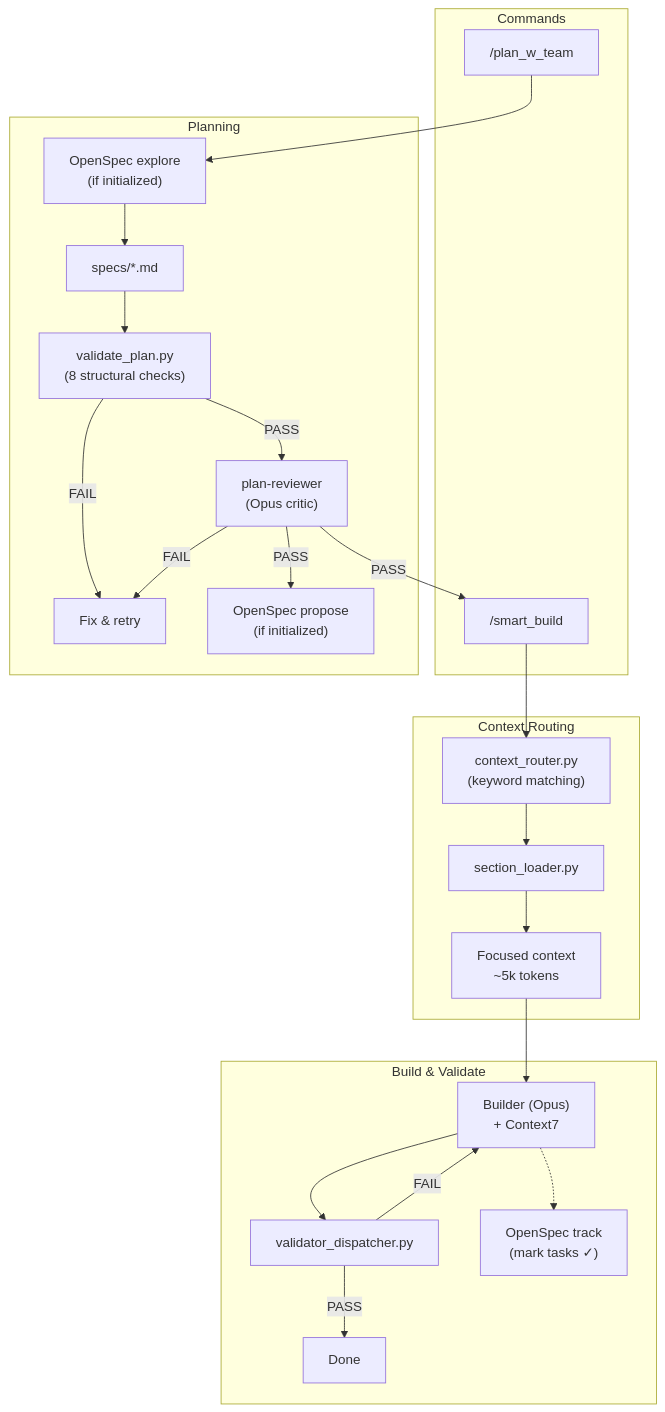
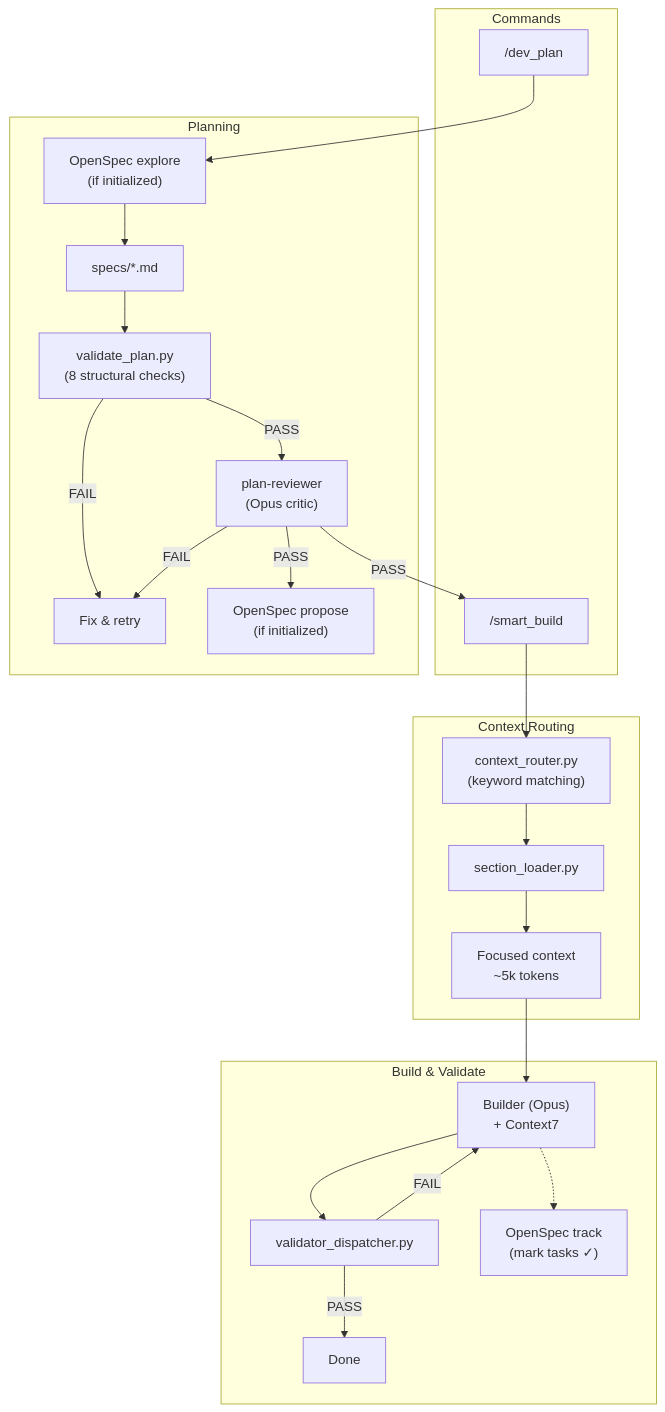
Before and after one commit to levon-avackimyanc/ms-platform: the diagram in UPSTREAM-README.md, drawn with Mermaid. The commit also changed other lines of this file and 30 other files, not shown here.

````diff
--- a/UPSTREAM-README.md
+++ b/UPSTREAM-README.md
@@ -44,32 +44,32 @@
 ```mermaid
 flowchart TB
     subgraph Commands
-        plan["/plan_w_team"]
+        plan["/dev_plan"]
         smart["/smart_build"]
     end
 
     subgraph Planning
         plan --> osread["OpenSpec explore<br/>(if initialized)"]
         osread --> spec["specs/*.md"]
         spec --> vp["validate_plan.py<br/>(8 structural checks)"]
         vp -->|PASS| pr["plan-reviewer<br/>(Opus critic)"]
         pr -->|PASS| smart
         vp -->|FAIL| fix["Fix & retry"]
         pr -->|FAIL| fix
         pr -->|PASS| propose["OpenSpec propose<br/>(if initialized)"]
     end
 
     subgraph "Context Routing"
         smart --> cr["context_router.py<br/>(keyword matching)"]
         cr --> sl["section_loader.py"]
         sl --> ctx["Focused context<br/>~5k tokens"]
     end
 
     subgraph "Build & Validate"
         ctx --> builder["Builder (Opus)<br/>+ Context7"]
         builder --> vd["validator_dispatcher.py"]
         builder -.-> track["OpenSpec track<br/>(mark tasks ✓)"]
         vd -->|FAIL| builder
         vd -->|PASS| done["Done"]
     end
 ```
````
